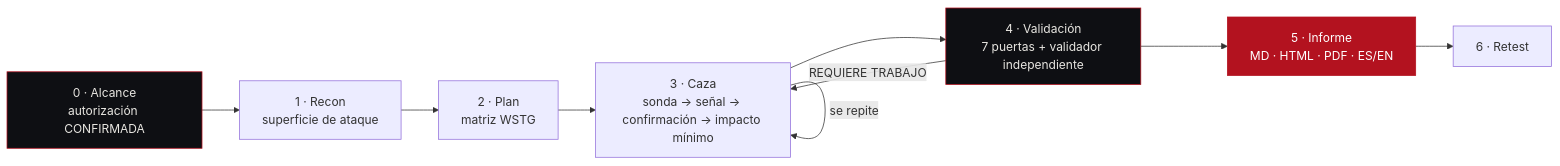
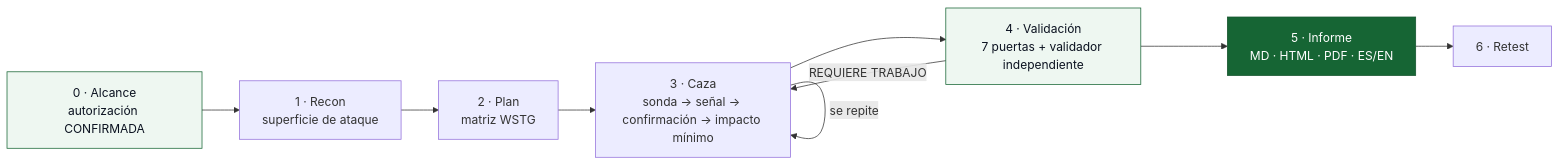
Before and after one commit to xn4vi/corvus-red: the diagram in README.md, drawn with Mermaid. The commit also changed other lines of this file and 13 other files, not shown here.

````diff
--- a/README.md
+++ b/README.md
@@ -97,14 +102,14 @@
 ```mermaid
 flowchart LR
     A[0 · Alcance<br/>autorización CONFIRMADA] --> B[1 · Recon<br/>superficie de ataque]
     B --> C[2 · Plan<br/>matriz WSTG]
     C --> D[3 · Caza<br/>sonda → señal → confirmación → impacto mínimo]
     D -->|se repite| D
     D --> E[4 · Validación<br/>7 puertas + validador independiente]
     E -->|REQUIERE TRABAJO| D
     E --> F[5 · Informe<br/>MD · HTML · PDF · ES/EN]
     F --> G[6 · Retest]
-    style A fill:#0E0F13,stroke:#B3121F,color:#E8E6E1
-    style E fill:#0E0F13,stroke:#B3121F,color:#E8E6E1
-    style F fill:#B3121F,stroke:#B3121F,color:#fff
+    style A fill:#eef7f1,stroke:#166534,color:#0b1220
+    style E fill:#eef7f1,stroke:#166534,color:#0b1220
+    style F fill:#166534,stroke:#14532d,color:#fff
 ```
````
